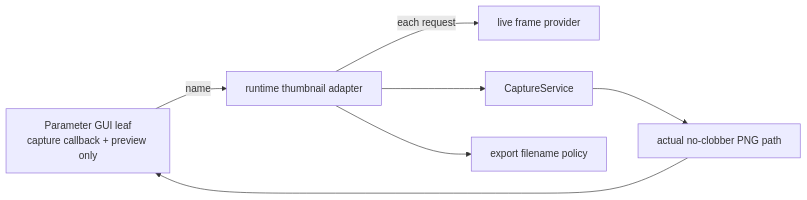
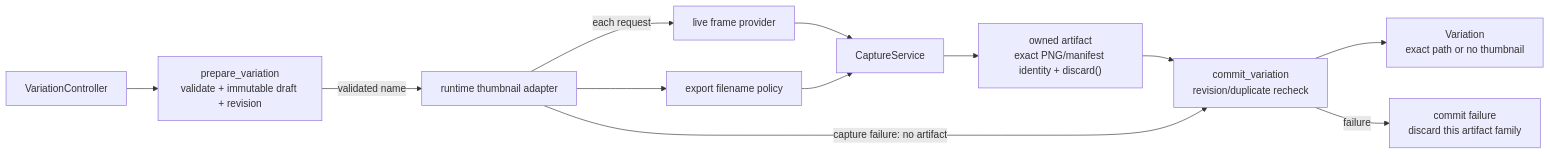
One commit to tyhts0829/graft changed diagram 19 of 25 in docs/architecture_visualization.md. Above: the diagram before and after it, drawn with Mermaid. The commit also changed other lines of this file and 135 other files, not shown here.

````diff
--- a/docs/architecture_visualization.md
+++ b/docs/architecture_visualization.md
@@ -496,15 +559,22 @@
 ```mermaid
 flowchart LR
-    gui["Parameter GUI leaf<br/>capture callback + preview only"]
+    gui["VariationController"]
+    prepare["prepare_variation<br/>validate + immutable draft + revision"]
     runtime["runtime thumbnail adapter"]
     provider["live frame provider"]
     capture["CaptureService"]
     policy["export filename policy"]
-    path["actual no-clobber PNG path"]
+    artifact["owned artifact<br/>exact PNG/manifest identity + discard()"]
+    commit["commit_variation<br/>revision/duplicate recheck"]
+    variation["Variation<br/>exact path or no thumbnail"]
+    rollback["commit failure<br/>discard this artifact family"]
 
-    gui -->|"name"| runtime
+    gui --> prepare
+    prepare -->|"validated name"| runtime
     runtime -->|"each request"| provider
-    runtime --> capture
-    runtime --> policy
-    capture --> path --> gui
+    provider --> capture
+    runtime --> policy --> capture
+    capture --> artifact --> commit --> variation
+    commit -->|"failure"| rollback
+    runtime -->|"capture failure: no artifact"| commit
 ```
````
